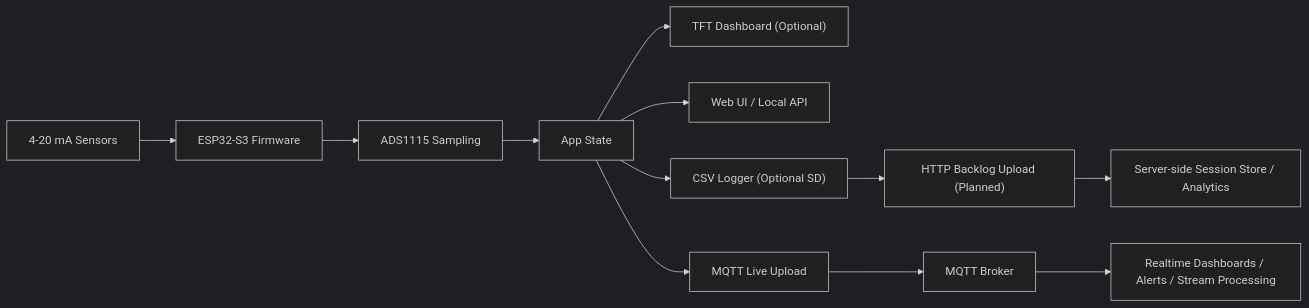
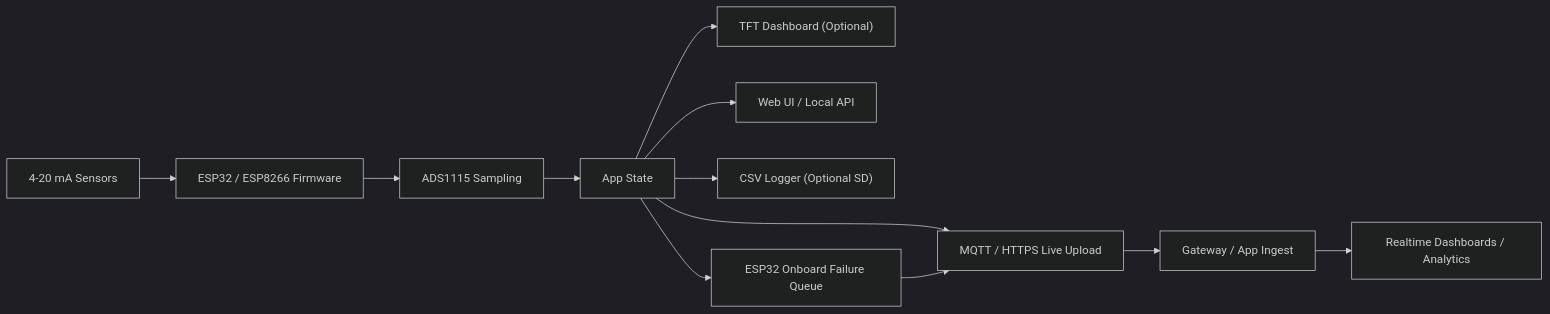
The diagram in README.md (V5U2/motorsport-data-acquisition), drawn with Mermaid (dark theme) before and after one commit. The commit also changed other lines of this file and 30 other files, not shown here.

````diff
--- a/README.md
+++ b/README.md
@@ -75,14 +100,14 @@
 ```mermaid
 flowchart LR
-    A["4-20 mA Sensors"] --> B["ESP32-S3 Firmware"]
+    A["4-20 mA Sensors"] --> B["ESP32 / ESP8266 Firmware"]
     B --> C["ADS1115 Sampling"]
     C --> D["App State"]
     D --> E["TFT Dashboard (Optional)"]
     D --> F["Web UI / Local API"]
     D --> G["CSV Logger (Optional SD)"]
-    D --> H["MQTT Live Upload"]
-    H --> I["MQTT Broker"]
-    I --> J["Realtime Dashboards / Alerts / Stream Processing"]
-    G --> K["HTTP Backlog Upload (Planned)"]
-    K --> L["Server-side Session Store / Analytics"]
+    D --> H["MQTT / HTTPS Live Upload"]
+    H --> I["Gateway / App Ingest"]
+    D --> K["ESP32 Onboard Failure Queue"]
+    K --> H
+    I --> J["Realtime Dashboards / Analytics"]
 ```
````
